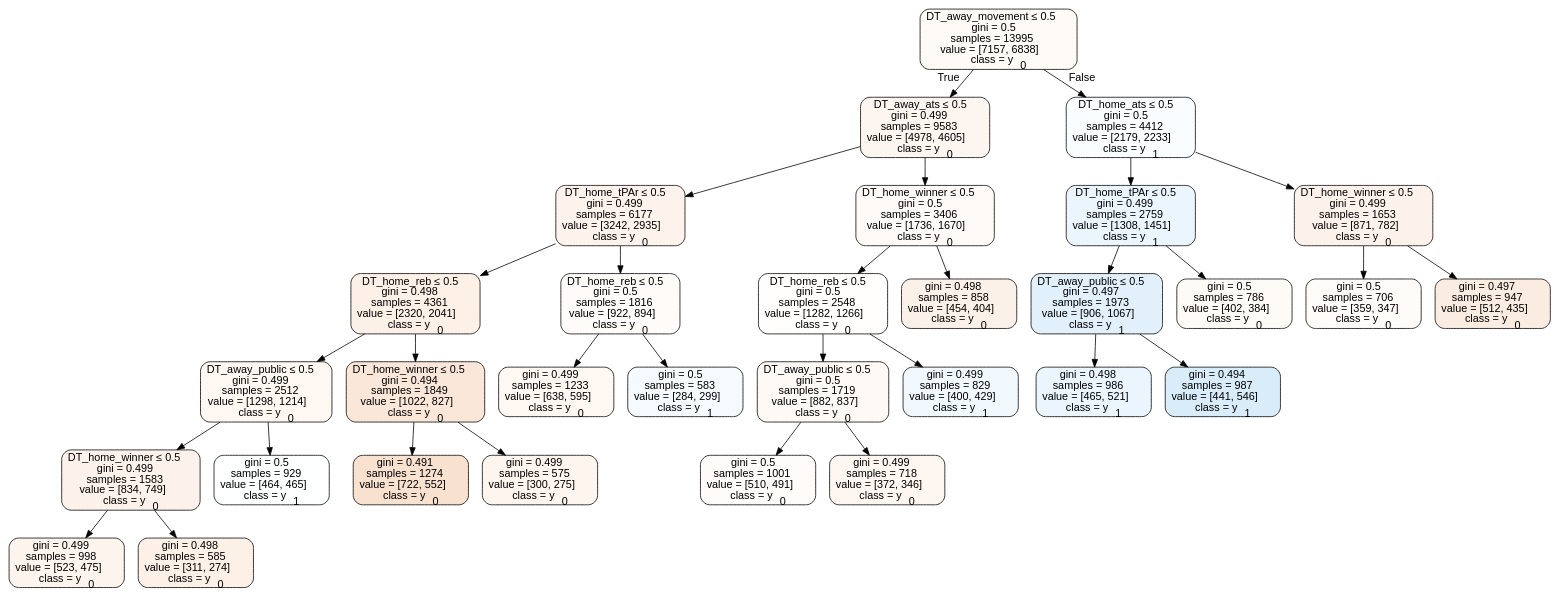
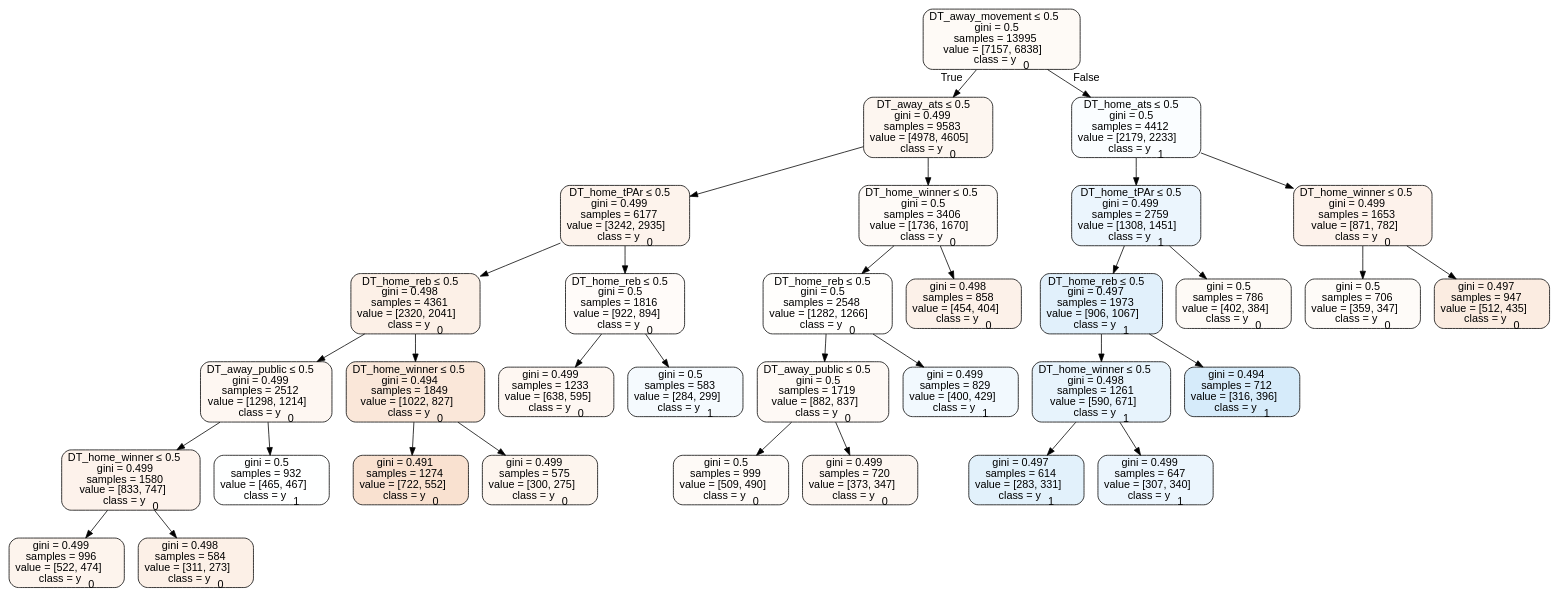
Before and after one commit to usbogie/ncaa-bets: the diagram in Basketball/data/trees/tree2016home.dot, drawn with Graphviz. The commit also changed 24 other files, not shown here.

```diff
--- a/Basketball/data/trees/tree2016home.dot
+++ b/Basketball/data/trees/tree2016home.dot
@@ -1,65 +1,69 @@
 digraph Tree {
 node [shape=box, style="filled, rounded", color="black", fontname=helvetica] ;
 edge [fontname=helvetica] ;
 0 [label=<DT_away_movement &le; 0.5<br/>gini = 0.5<br/>samples = 13995<br/>value = [7157, 6838]<br/>class = y<SUB>0</SUB>>, fillcolor="#e581390b"] ;
 1 [label=<DT_away_ats &le; 0.5<br/>gini = 0.499<br/>samples = 9583<br/>value = [4978, 4605]<br/>class = y<SUB>0</SUB>>, fillcolor="#e5813913"] ;
 0 -> 1 [labeldistance=2.5, labelangle=45, headlabel="True"] ;
 2 [label=<DT_home_tPAr &le; 0.5<br/>gini = 0.499<br/>samples = 6177<br/>value = [3242, 2935]<br/>class = y<SUB>0</SUB>>, fillcolor="#e5813918"] ;
 1 -> 2 ;
 3 [label=<DT_home_reb &le; 0.5<br/>gini = 0.498<br/>samples = 4361<br/>value = [2320, 2041]<br/>class = y<SUB>0</SUB>>, fillcolor="#e581391f"] ;
 2 -> 3 ;
 4 [label=<DT_away_public &le; 0.5<br/>gini = 0.499<br/>samples = 2512<br/>value = [1298, 1214]<br/>class = y<SUB>0</SUB>>, fillcolor="#e5813911"] ;
 3 -> 4 ;
-5 [label=<DT_home_winner &le; 0.5<br/>gini = 0.499<br/>samples = 1583<br/>value = [834, 749]<br/>class = y<SUB>0</SUB>>, fillcolor="#e581391a"] ;
+5 [label=<DT_home_winner &le; 0.5<br/>gini = 0.499<br/>samples = 1580<br/>value = [833, 747]<br/>class = y<SUB>0</SUB>>, fillcolor="#e581391a"] ;
 4 -> 5 ;
-6 [label=<gini = 0.499<br/>samples = 998<br/>value = [523, 475]<br/>class = y<SUB>0</SUB>>, fillcolor="#e5813917"] ;
+6 [label=<gini = 0.499<br/>samples = 996<br/>value = [522, 474]<br/>class = y<SUB>0</SUB>>, fillcolor="#e5813917"] ;
 5 -> 6 ;
-7 [label=<gini = 0.498<br/>samples = 585<br/>value = [311, 274]<br/>class = y<SUB>0</SUB>>, fillcolor="#e581391e"] ;
+7 [label=<gini = 0.498<br/>samples = 584<br/>value = [311, 273]<br/>class = y<SUB>0</SUB>>, fillcolor="#e581391f"] ;
 5 -> 7 ;
-8 [label=<gini = 0.5<br/>samples = 929<br/>value = [464, 465]<br/>class = y<SUB>1</SUB>>, fillcolor="#399de501"] ;
+8 [label=<gini = 0.5<br/>samples = 932<br/>value = [465, 467]<br/>class = y<SUB>1</SUB>>, fillcolor="#399de501"] ;
 4 -> 8 ;
 9 [label=<DT_home_winner &le; 0.5<br/>gini = 0.494<br/>samples = 1849<br/>value = [1022, 827]<br/>class = y<SUB>0</SUB>>, fillcolor="#e5813931"] ;
 3 -> 9 ;
 10 [label=<gini = 0.491<br/>samples = 1274<br/>value = [722, 552]<br/>class = y<SUB>0</SUB>>, fillcolor="#e581393c"] ;
 9 -> 10 ;
 11 [label=<gini = 0.499<br/>samples = 575<br/>value = [300, 275]<br/>class = y<SUB>0</SUB>>, fillcolor="#e5813915"] ;
 9 -> 11 ;
 12 [label=<DT_home_reb &le; 0.5<br/>gini = 0.5<br/>samples = 1816<br/>value = [922, 894]<br/>class = y<SUB>0</SUB>>, fillcolor="#e5813908"] ;
 2 -> 12 ;
 13 [label=<gini = 0.499<br/>samples = 1233<br/>value = [638, 595]<br/>class = y<SUB>0</SUB>>, fillcolor="#e5813911"] ;
 12 -> 13 ;
 14 [label=<gini = 0.5<br/>samples = 583<br/>value = [284, 299]<br/>class = y<SUB>1</SUB>>, fillcolor="#399de50d"] ;
 12 -> 14 ;
 15 [label=<DT_home_winner &le; 0.5<br/>gini = 0.5<br/>samples = 3406<br/>value = [1736, 1670]<br/>class = y<SUB>0</SUB>>, fillcolor="#e581390a"] ;
 1 -> 15 ;
 16 [label=<DT_home_reb &le; 0.5<br/>gini = 0.5<br/>samples = 2548<br/>value = [1282, 1266]<br/>class = y<SUB>0</SUB>>, fillcolor="#e5813903"] ;
 15 -> 16 ;
 17 [label=<DT_away_public &le; 0.5<br/>gini = 0.5<br/>samples = 1719<br/>value = [882, 837]<br/>class = y<SUB>0</SUB>>, fillcolor="#e581390d"] ;
 16 -> 17 ;
-18 [label=<gini = 0.5<br/>samples = 1001<br/>value = [510, 491]<br/>class = y<SUB>0</SUB>>, fillcolor="#e5813909"] ;
+18 [label=<gini = 0.5<br/>samples = 999<br/>value = [509, 490]<br/>class = y<SUB>0</SUB>>, fillcolor="#e581390a"] ;
 17 -> 18 ;
-19 [label=<gini = 0.499<br/>samples = 718<br/>value = [372, 346]<br/>class = y<SUB>0</SUB>>, fillcolor="#e5813912"] ;
+19 [label=<gini = 0.499<br/>samples = 720<br/>value = [373, 347]<br/>class = y<SUB>0</SUB>>, fillcolor="#e5813912"] ;
 17 -> 19 ;
 20 [label=<gini = 0.499<br/>samples = 829<br/>value = [400, 429]<br/>class = y<SUB>1</SUB>>, fillcolor="#399de511"] ;
 16 -> 20 ;
 21 [label=<gini = 0.498<br/>samples = 858<br/>value = [454, 404]<br/>class = y<SUB>0</SUB>>, fillcolor="#e581391c"] ;
 15 -> 21 ;
 22 [label=<DT_home_ats &le; 0.5<br/>gini = 0.5<br/>samples = 4412<br/>value = [2179, 2233]<br/>class = y<SUB>1</SUB>>, fillcolor="#399de506"] ;
 0 -> 22 [labeldistance=2.5, labelangle=-45, headlabel="False"] ;
 23 [label=<DT_home_tPAr &le; 0.5<br/>gini = 0.499<br/>samples = 2759<br/>value = [1308, 1451]<br/>class = y<SUB>1</SUB>>, fillcolor="#399de519"] ;
 22 -> 23 ;
-24 [label=<DT_away_public &le; 0.5<br/>gini = 0.497<br/>samples = 1973<br/>value = [906, 1067]<br/>class = y<SUB>1</SUB>>, fillcolor="#399de526"] ;
+24 [label=<DT_home_reb &le; 0.5<br/>gini = 0.497<br/>samples = 1973<br/>value = [906, 1067]<br/>class = y<SUB>1</SUB>>, fillcolor="#399de526"] ;
 23 -> 24 ;
-25 [label=<gini = 0.498<br/>samples = 986<br/>value = [465, 521]<br/>class = y<SUB>1</SUB>>, fillcolor="#399de51b"] ;
+25 [label=<DT_home_winner &le; 0.5<br/>gini = 0.498<br/>samples = 1261<br/>value = [590, 671]<br/>class = y<SUB>1</SUB>>, fillcolor="#399de51f"] ;
 24 -> 25 ;
-26 [label=<gini = 0.494<br/>samples = 987<br/>value = [441, 546]<br/>class = y<SUB>1</SUB>>, fillcolor="#399de531"] ;
-24 -> 26 ;
-27 [label=<gini = 0.5<br/>samples = 786<br/>value = [402, 384]<br/>class = y<SUB>0</SUB>>, fillcolor="#e581390b"] ;
-23 -> 27 ;
-28 [label=<DT_home_winner &le; 0.5<br/>gini = 0.499<br/>samples = 1653<br/>value = [871, 782]<br/>class = y<SUB>0</SUB>>, fillcolor="#e581391a"] ;
-22 -> 28 ;
-29 [label=<gini = 0.5<br/>samples = 706<br/>value = [359, 347]<br/>class = y<SUB>0</SUB>>, fillcolor="#e5813909"] ;
-28 -> 29 ;
-30 [label=<gini = 0.497<br/>samples = 947<br/>value = [512, 435]<br/>class = y<SUB>0</SUB>>, fillcolor="#e5813926"] ;
-28 -> 30 ;
+26 [label=<gini = 0.497<br/>samples = 614<br/>value = [283, 331]<br/>class = y<SUB>1</SUB>>, fillcolor="#399de525"] ;
+25 -> 26 ;
+27 [label=<gini = 0.499<br/>samples = 647<br/>value = [307, 340]<br/>class = y<SUB>1</SUB>>, fillcolor="#399de519"] ;
+25 -> 27 ;
+28 [label=<gini = 0.494<br/>samples = 712<br/>value = [316, 396]<br/>class = y<SUB>1</SUB>>, fillcolor="#399de534"] ;
+24 -> 28 ;
+29 [label=<gini = 0.5<br/>samples = 786<br/>value = [402, 384]<br/>class = y<SUB>0</SUB>>, fillcolor="#e581390b"] ;
+23 -> 29 ;
+30 [label=<DT_home_winner &le; 0.5<br/>gini = 0.499<br/>samples = 1653<br/>value = [871, 782]<br/>class = y<SUB>0</SUB>>, fillcolor="#e581391a"] ;
+22 -> 30 ;
+31 [label=<gini = 0.5<br/>samples = 706<br/>value = [359, 347]<br/>class = y<SUB>0</SUB>>, fillcolor="#e5813909"] ;
+30 -> 31 ;
+32 [label=<gini = 0.497<br/>samples = 947<br/>value = [512, 435]<br/>class = y<SUB>0</SUB>>, fillcolor="#e5813926"] ;
+30 -> 32 ;
 }
```
